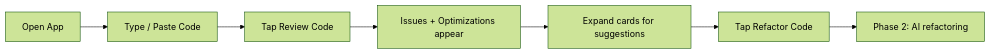
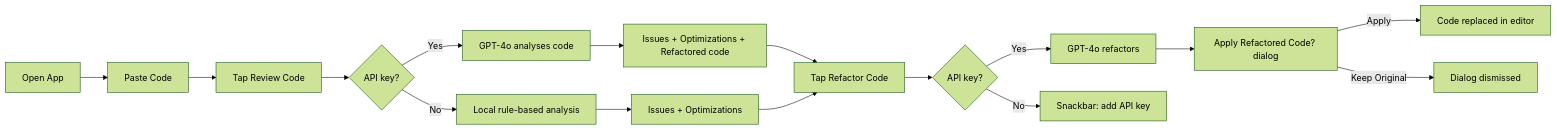
The second of 2 diagrams in README.md (naveedali/-Claude-Code-Review-), drawn with Mermaid (forest theme) before and after one commit. The commit also changed other lines of this file, not shown here.

````diff
--- a/README.md
+++ b/README.md
@@ -77,9 +167,18 @@
 ```mermaid
 flowchart LR
-    A[Open App] --> B[Type / Paste Code]
+    A[Open App] --> B[Paste Code]
     B --> C[Tap Review Code]
-    C --> D[Issues + Optimizations appear]
-    D --> E[Expand cards for suggestions]
-    E --> F[Tap Refactor Code]
-    F --> G["Phase 2: AI refactoring"]
+    C --> D{API key?}
+    D -->|Yes| E[GPT-4o analyses code]
+    D -->|No| F[Local rule-based analysis]
+    E --> G[Issues + Optimizations + Refactored code]
+    F --> H[Issues + Optimizations]
+    G --> I[Tap Refactor Code]
+    H --> I
+    I --> J{API key?}
+    J -->|Yes| K[GPT-4o refactors]
+    J -->|No| L[Snackbar: add API key]
+    K --> M[Apply Refactored Code? dialog]
+    M -->|Apply| N[Code replaced in editor]
+    M -->|Keep Original| O[Dialog dismissed]
 ```
````
